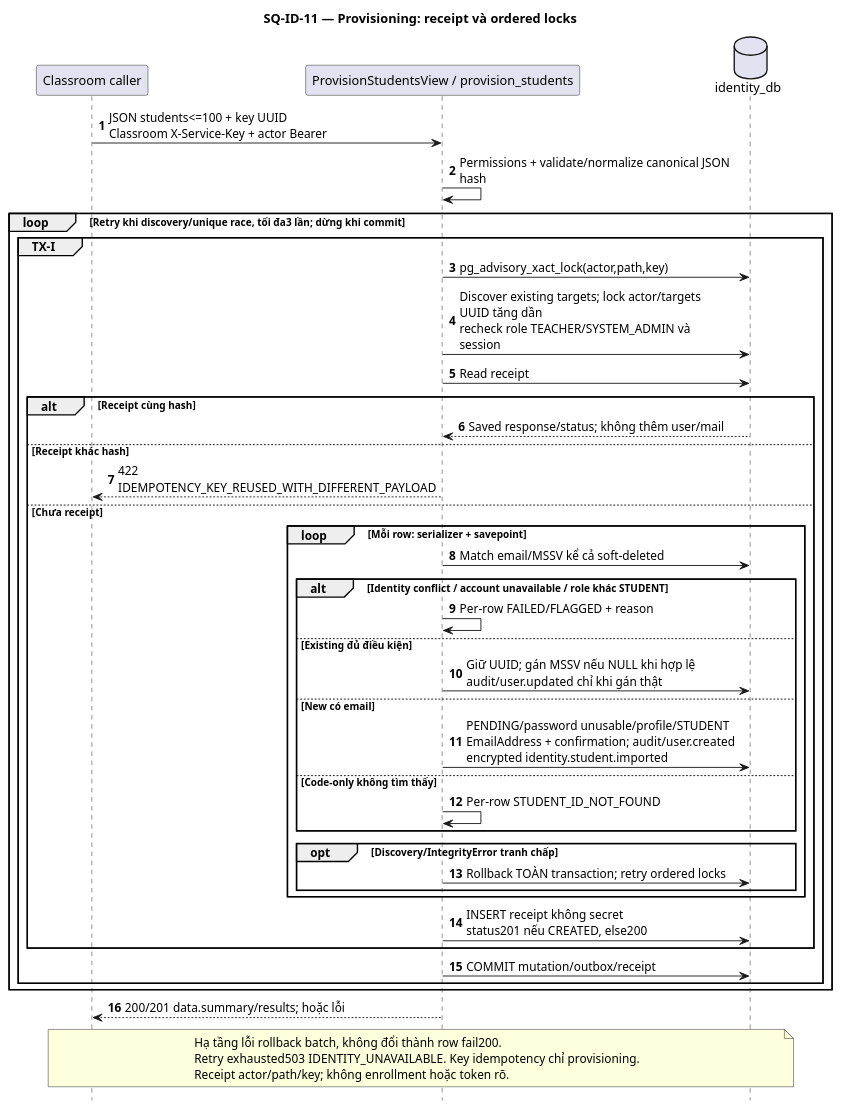
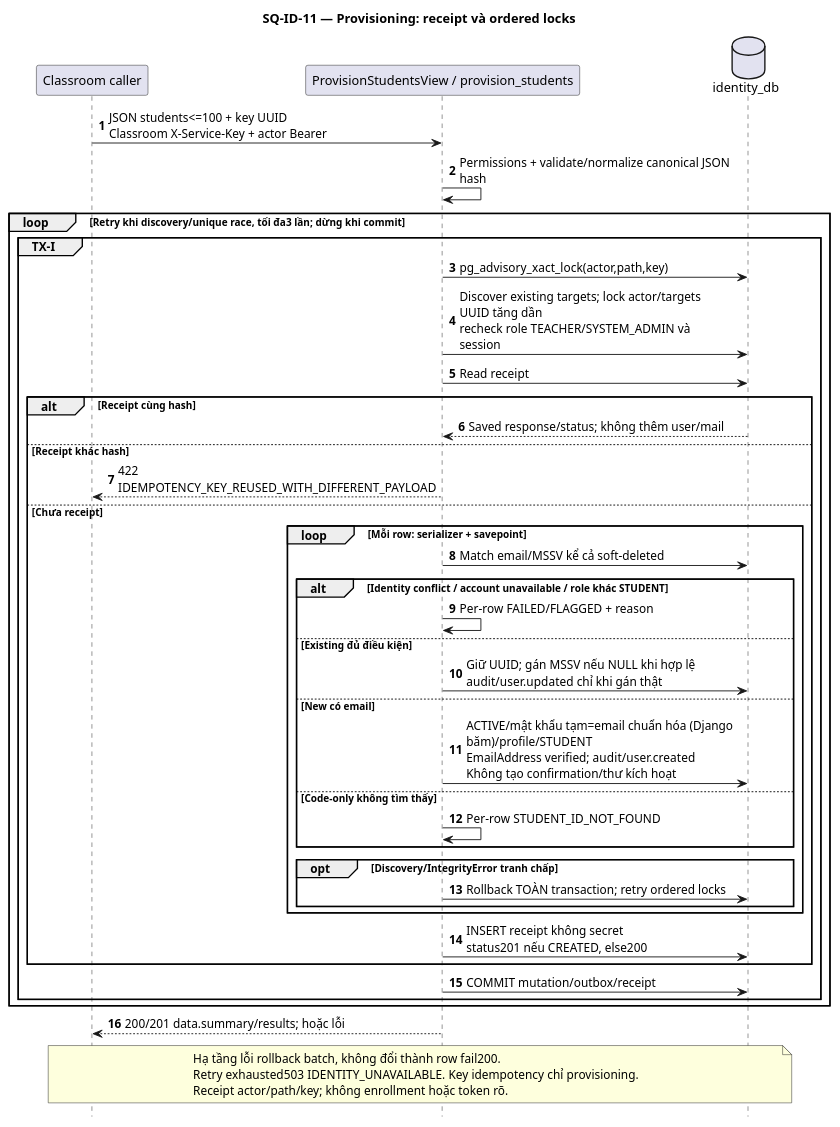
Before and after one commit to TriNguyenThanh/UTask: diagram 11 of 23 in docs/diagram/identity-service/sequence.md, drawn with PlantUML. The commit also changed other lines of this file and 5 other files, not shown here.

Commit message:
feat(identity): activate imported students with normalized-email passwords

````diff
--- a/docs/diagram/identity-service/sequence.md
+++ b/docs/diagram/identity-service/sequence.md
@@ -560,49 +560,49 @@
 ```plantuml
 @startuml SQ-ID-11
 skinparam defaultFontName Arial
 skinparam shadowing false
 skinparam sequenceMessageAlign left
 skinparam responseMessageBelowArrow true
 skinparam maxMessageSize 300
 hide footbox
 autonumber
 title SQ-ID-11 — Provisioning: receipt và ordered locks
 participant "Classroom caller" as C
 participant "ProvisionStudentsView / provision_students" as I
 database "identity_db" as D
 C -> I : JSON students<=100 + key UUID\nClassroom X-Service-Key + actor Bearer
 I -> I : Permissions + validate/normalize canonical JSON hash
 loop Retry khi discovery/unique race, tối đa3 lần; dừng khi commit
  group TX-I
   I -> D : pg_advisory_xact_lock(actor,path,key)
   I -> D : Discover existing targets; lock actor/targets UUID tăng dần\nrecheck role TEACHER/SYSTEM_ADMIN và session
   I -> D : Read receipt
   alt Receipt cùng hash
    D --> I : Saved response/status; không thêm user/mail
   else Receipt khác hash
    I --> C : 422 IDEMPOTENCY_KEY_REUSED_WITH_DIFFERENT_PAYLOAD
   else Chưa receipt
    loop Mỗi row: serializer + savepoint
     I -> D : Match email/MSSV kể cả soft-deleted
     alt Identity conflict / account unavailable / role khác STUDENT
      I -> I : Per-row FAILED/FLAGGED + reason
     else Existing đủ điều kiện
      I -> D : Giữ UUID; gán MSSV nếu NULL khi hợp lệ\naudit/user.updated chỉ khi gán thật
     else New có email
-     I -> D : PENDING/password unusable/profile/STUDENT\nEmailAddress + confirmation; audit/user.created\nencrypted identity.student.imported
+     I -> D : ACTIVE/mật khẩu tạm=email chuẩn hóa (Django băm)/profile/STUDENT\nEmailAddress verified; audit/user.created\nKhông tạo confirmation/thư kích hoạt
     else Code-only không tìm thấy
      I -> I : Per-row STUDENT_ID_NOT_FOUND
     end
     opt Discovery/IntegrityError tranh chấp
      I -> D : Rollback TOÀN transaction; retry ordered locks
     end
    end
    I -> D : INSERT receipt không secret\nstatus201 nếu CREATED, else200
   end
   I -> D : COMMIT mutation/outbox/receipt
  end
 end
 I --> C : 200/201 data.summary/results; hoặc lỗi
 note over C,D : Hạ tầng lỗi rollback batch, không đổi thành row fail200.\nRetry exhausted503 IDENTITY_UNAVAILABLE. Key idempotency chỉ provisioning.\nReceipt actor/path/key; không enrollment hoặc token rõ.
 @enduml
 ```
````
